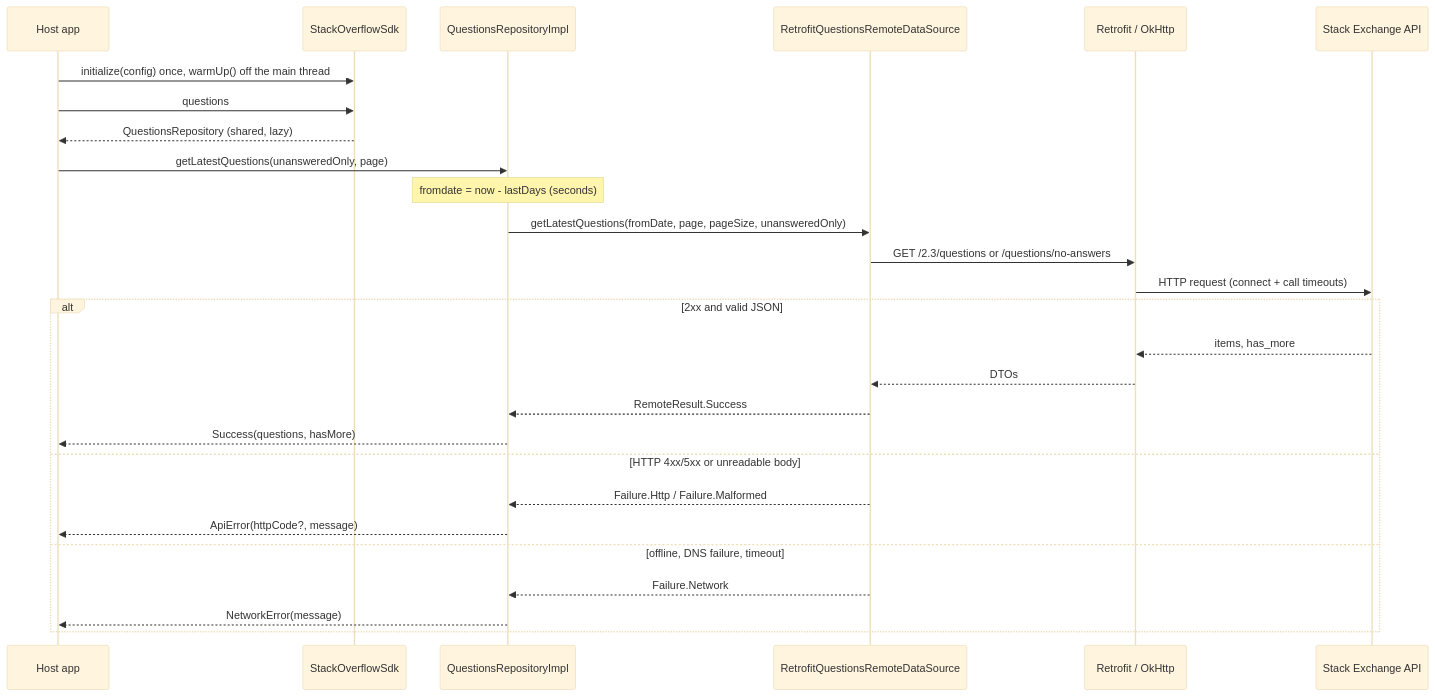
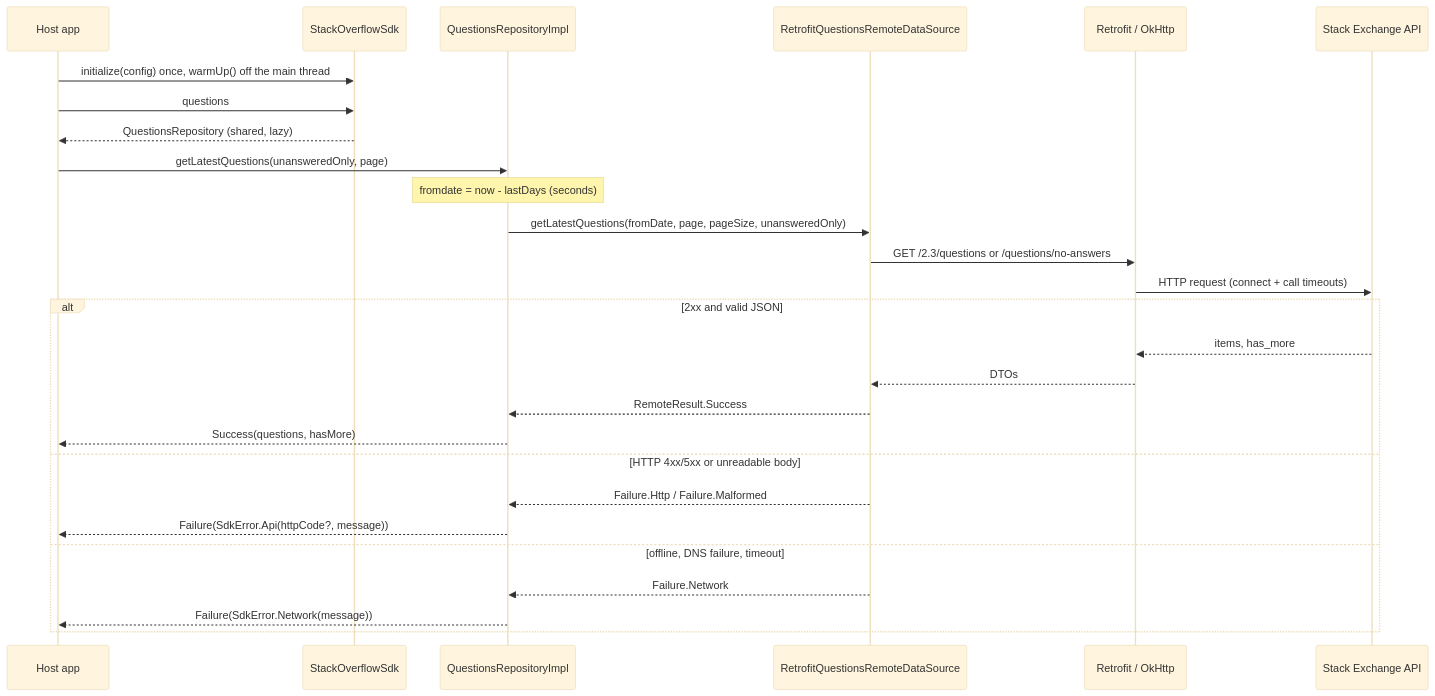
The second of 4 diagrams in docs/architecture.md (alexfin90/StackOverFlowAssignment), drawn with Mermaid (base theme) before and after one commit. The commit also changed other lines of this file and 30 other files, not shown here.

First line of the commit message:
refactor: one error type in the SDK and one in the app

````diff
--- a/docs/architecture.md
+++ b/docs/architecture.md
@@ -30,30 +30,30 @@
 ```mermaid
 sequenceDiagram
     participant App as Host app
     participant Sdk as StackOverflowSdk
     participant Repo as QuestionsRepositoryImpl
     participant Remote as RetrofitQuestionsRemoteDataSource
     participant Http as Retrofit / OkHttp
     participant So as Stack Exchange API
 
     App->>Sdk: initialize(config) once, warmUp() off the main thread
     App->>Sdk: questions
     Sdk-->>App: QuestionsRepository (shared, lazy)
     App->>Repo: getLatestQuestions(unansweredOnly, page)
     Note over Repo: fromdate = now - lastDays (seconds)
     Repo->>Remote: getLatestQuestions(fromDate, page, pageSize, unansweredOnly)
     Remote->>Http: GET /2.3/questions or /questions/no-answers
     Http->>So: HTTP request (connect + call timeouts)
     alt 2xx and valid JSON
         So-->>Http: items, has_more
         Http-->>Remote: DTOs
         Remote-->>Repo: RemoteResult.Success
         Repo-->>App: Success(questions, hasMore)
     else HTTP 4xx/5xx or unreadable body
         Remote-->>Repo: Failure.Http / Failure.Malformed
-        Repo-->>App: ApiError(httpCode?, message)
+        Repo-->>App: Failure(SdkError.Api(httpCode?, message))
     else offline, DNS failure, timeout
         Remote-->>Repo: Failure.Network
-        Repo-->>App: NetworkError(message)
+        Repo-->>App: Failure(SdkError.Network(message))
     end
 ```
````
